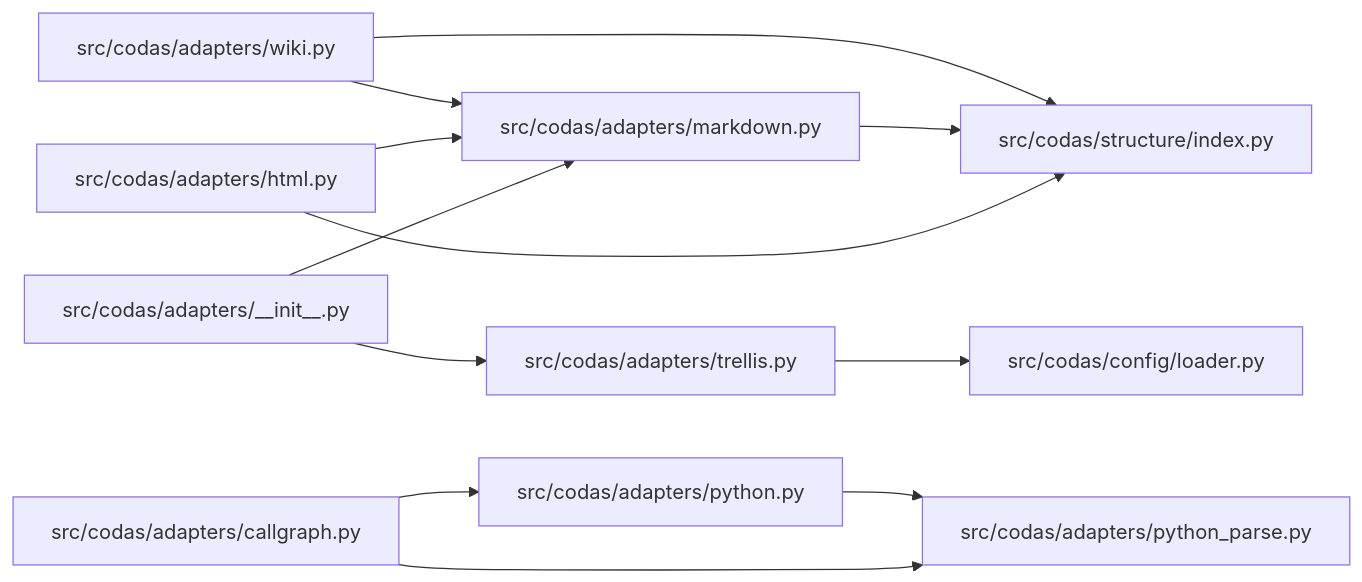
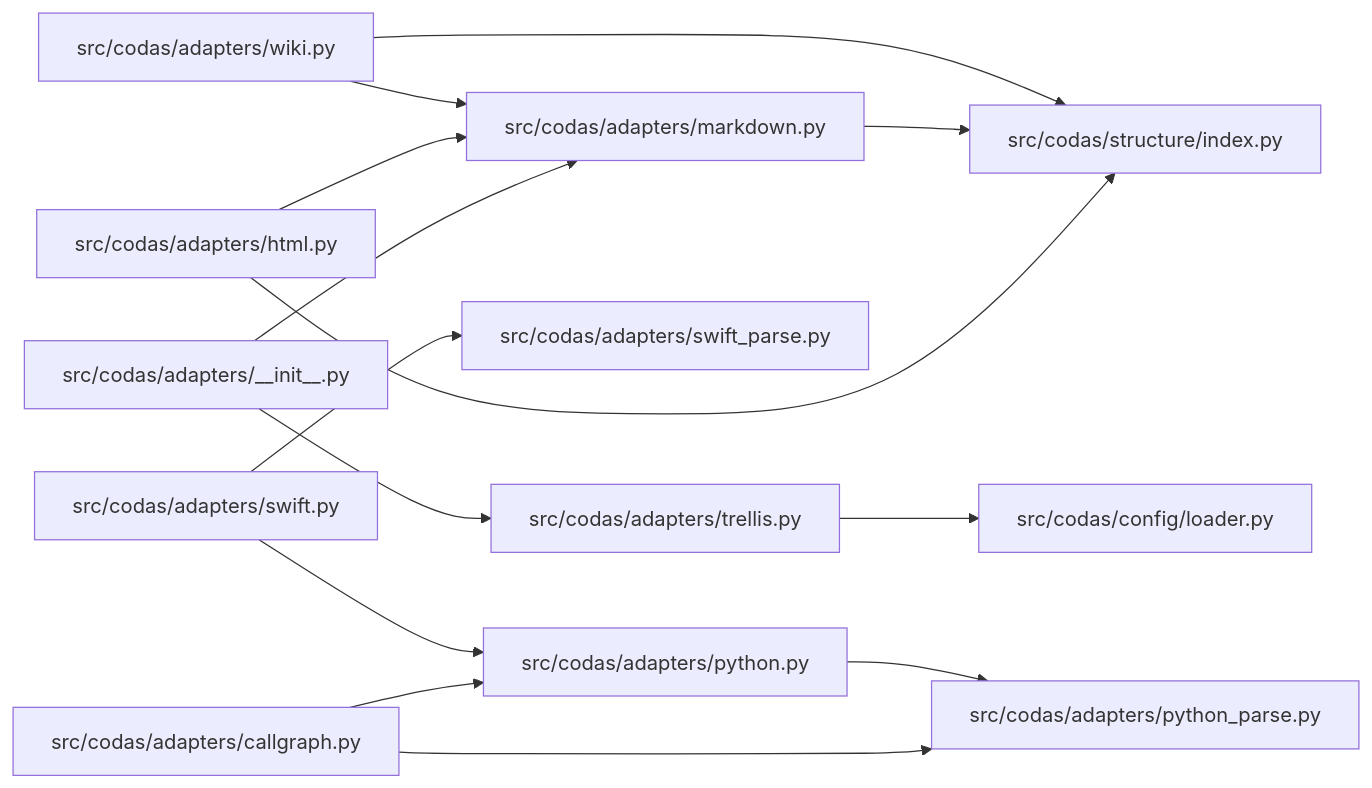
One commit to oydodo/codas changed the diagram in wiki/codas-adapters.md. Above: the diagram before and after it, drawn with Mermaid. The commit also changed other lines of this file and 14 other files, not shown here.

````diff
--- a/wiki/codas-adapters.md
+++ b/wiki/codas-adapters.md
@@ -120,24 +141,28 @@
 ```mermaid
 graph LR
   n0["src/codas/adapters/__init__.py"]
   n1["src/codas/adapters/callgraph.py"]
   n2["src/codas/adapters/html.py"]
   n3["src/codas/adapters/markdown.py"]
   n4["src/codas/adapters/python.py"]
   n5["src/codas/adapters/python_parse.py"]
-  n6["src/codas/adapters/trellis.py"]
-  n7["src/codas/adapters/wiki.py"]
-  n8["src/codas/config/loader.py"]
-  n9["src/codas/structure/index.py"]
+  n6["src/codas/adapters/swift.py"]
+  n7["src/codas/adapters/swift_parse.py"]
+  n8["src/codas/adapters/trellis.py"]
+  n9["src/codas/adapters/wiki.py"]
+  n10["src/codas/config/loader.py"]
+  n11["src/codas/structure/index.py"]
   n0 --> n3
-  n0 --> n6
+  n0 --> n8
   n1 --> n4
   n1 --> n5
   n2 --> n3
-  n2 --> n9
-  n3 --> n9
+  n2 --> n11
+  n3 --> n11
   n4 --> n5
-  n6 --> n8
-  n7 --> n3
-  n7 --> n9
+  n6 --> n4
+  n6 --> n7
+  n8 --> n10
+  n9 --> n3
+  n9 --> n11
 ```
````
